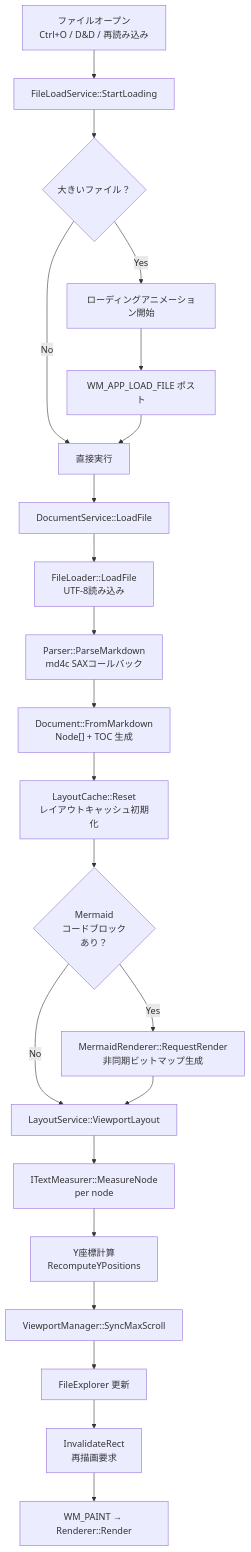
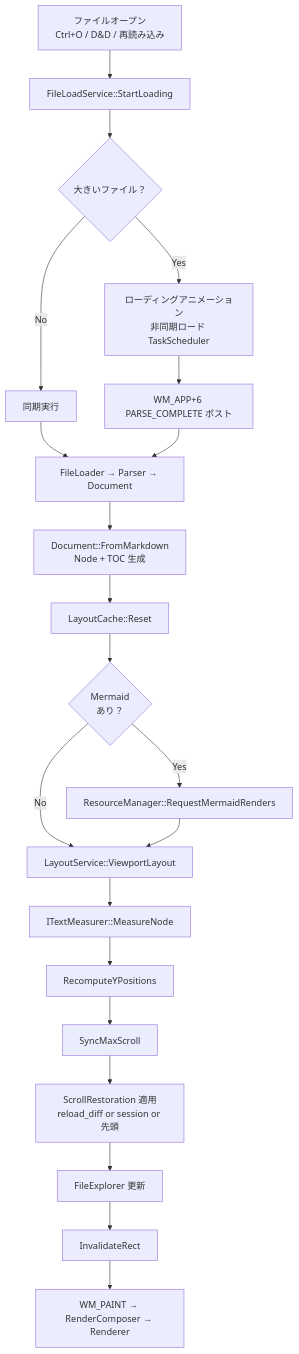
Before and after one commit to tanaton/mendo: diagram 18 of 27 in example/test.md, drawn with Mermaid. The commit also changed other lines of this file, not shown here.

````diff
--- a/example/test.md
+++ b/example/test.md
@@ -2309,27 +2269,24 @@
 ```mermaid
 flowchart TD
     TRIGGER[ファイルオープン<br>Ctrl+O / D&D / 再読み込み] --> FLS[FileLoadService::StartLoading]
     FLS --> ANIM{大きいファイル？}
-    ANIM -->|Yes| LANIM[ローディングアニメーション開始]
-    ANIM -->|No| EXEC[直接実行]
-    LANIM --> POST[WM_APP_LOAD_FILE ポスト]
+    ANIM -->|Yes| LANIM[ローディングアニメーション<br>非同期ロード TaskScheduler]
+    ANIM -->|No| SYNC[同期実行]
+    LANIM --> POST[WM_APP+6 PARSE_COMPLETE ポスト]
+    SYNC --> EXEC[FileLoader → Parser → Document]
     POST --> EXEC
 
-    EXEC --> DS[DocumentService::LoadFile]
-    DS --> FLOAD[FileLoader::LoadFile<br>UTF-8読み込み]
-    FLOAD --> PARSE[Parser::ParseMarkdown<br>md4c SAXコールバック]
-    PARSE --> DOC["Document::FromMarkdown<br>Node[] + TOC 生成"]
-
-    DOC --> LC[LayoutCache::Reset<br>レイアウトキャッシュ初期化]
-    LC --> MCHK{Mermaid<br>コードブロック<br>あり？}
-    MCHK -->|Yes| MREQ[MermaidRenderer::RequestRender<br>非同期ビットマップ生成]
+    EXEC --> DOC[Document::FromMarkdown<br>Node + TOC 生成]
+    DOC --> LC[LayoutCache::Reset]
+    LC --> MCHK{Mermaid<br>あり？}
+    MCHK -->|Yes| MREQ[ResourceManager::RequestMermaidRenders]
     MCHK -->|No| LAYOUT
-
     MREQ --> LAYOUT[LayoutService::ViewportLayout]
-    LAYOUT --> TXTL[ITextMeasurer::MeasureNode<br>per node]
-    TXTL --> YPOS[Y座標計算<br>RecomputeYPositions]
-    YPOS --> SYNC[ViewportManager::SyncMaxScroll]
-    SYNC --> FE[FileExplorer 更新]
-    FE --> INVAL[InvalidateRect<br>再描画要求]
-    INVAL --> PAINT[WM_PAINT → Renderer::Render]
+    LAYOUT --> TXTL[ITextMeasurer::MeasureNode]
+    TXTL --> YPOS[RecomputeYPositions]
+    YPOS --> SYNCMS[SyncMaxScroll]
+    SYNCMS --> RESTORE[ScrollRestoration 適用<br>reload_diff or session or 先頭]
+    RESTORE --> FE[FileExplorer 更新]
+    FE --> INVAL[InvalidateRect]
+    INVAL --> PAINT[WM_PAINT → RenderComposer → Renderer]
 ```
````
